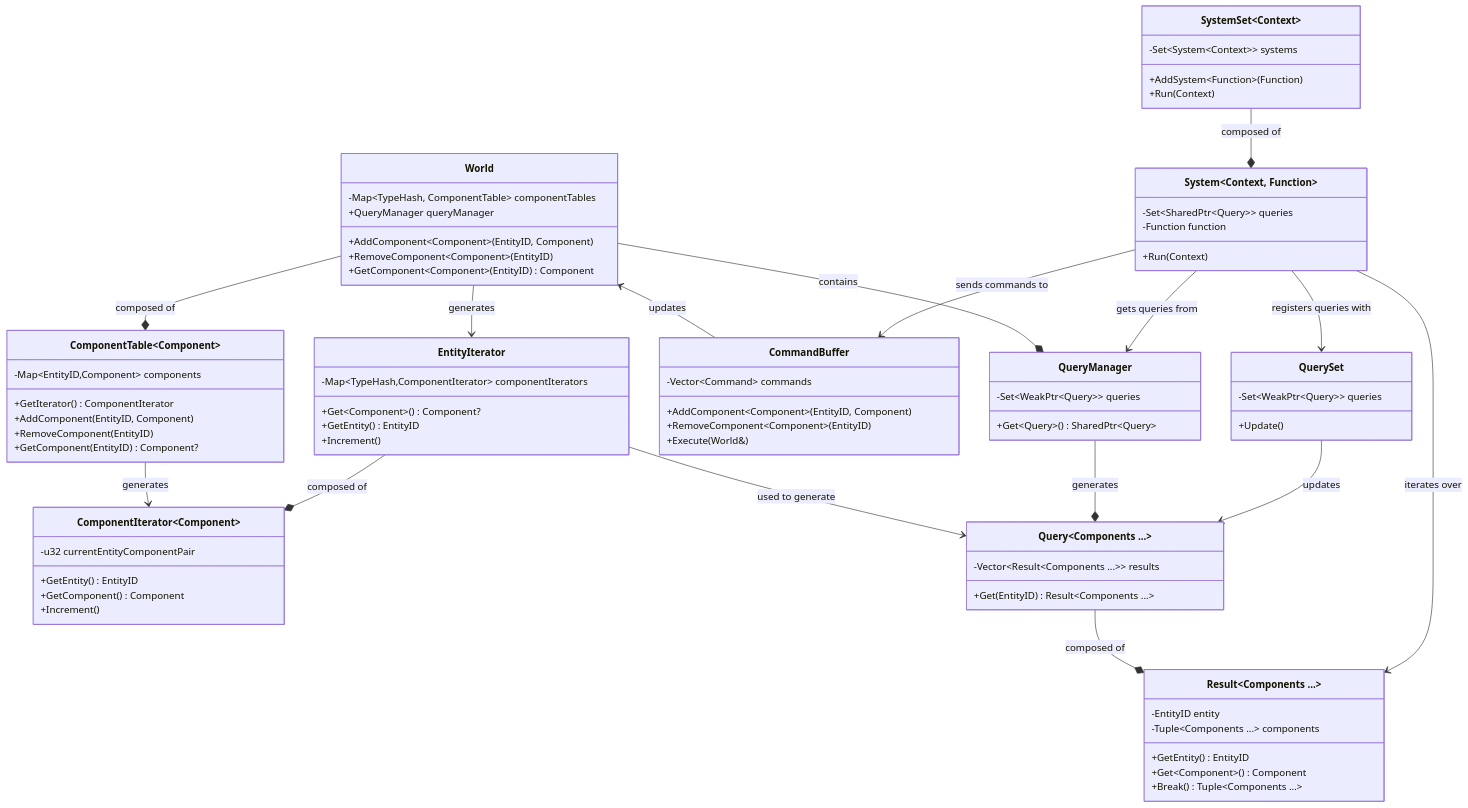
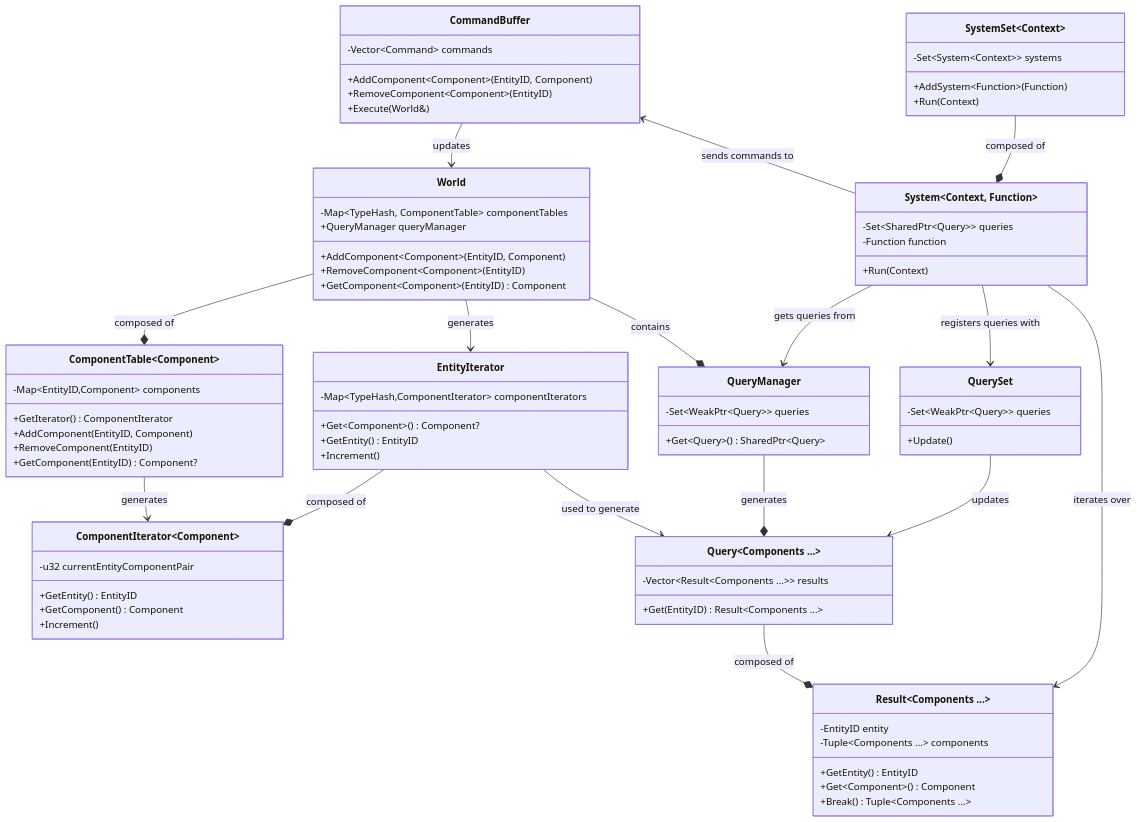
One commit to FlitneyR/flitneyr.github.io changed the diagram in _posts/2025-11-01-OnyxECS.md. Above: the diagram before and after it, drawn with Mermaid.

Commit message:
Improve layout of Onyx ECS UML

```diff
--- a/_posts/2025-11-01-OnyxECS.md
+++ b/_posts/2025-11-01-OnyxECS.md
@@ -485,7 +485,7 @@
         +RemoveComponent~Component~(EntityID)
         +Execute( World& )
     }
-    World <-- CommandBuffer : updates
+    CommandBuffer --> World : updates
 
     class QueryManager {
         -Set~WeakPtr~Query~~ queries
@@ -529,5 +529,5 @@
     System --> QuerySet : registers queries with
     System --> Result : iterates over
     SystemSet --* System : composed of
-    System --> CommandBuffer : sends commands to
+    CommandBuffer <-- System  : sends commands to
 </pre>
```
